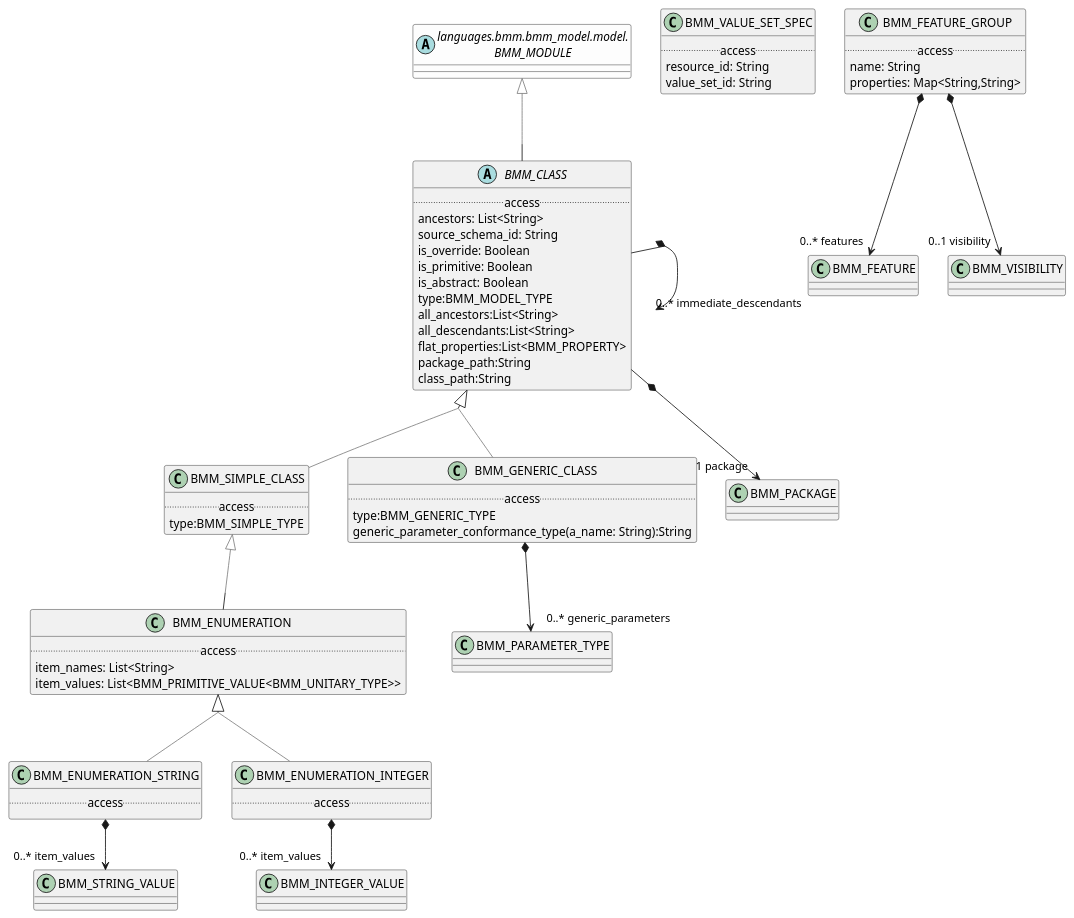
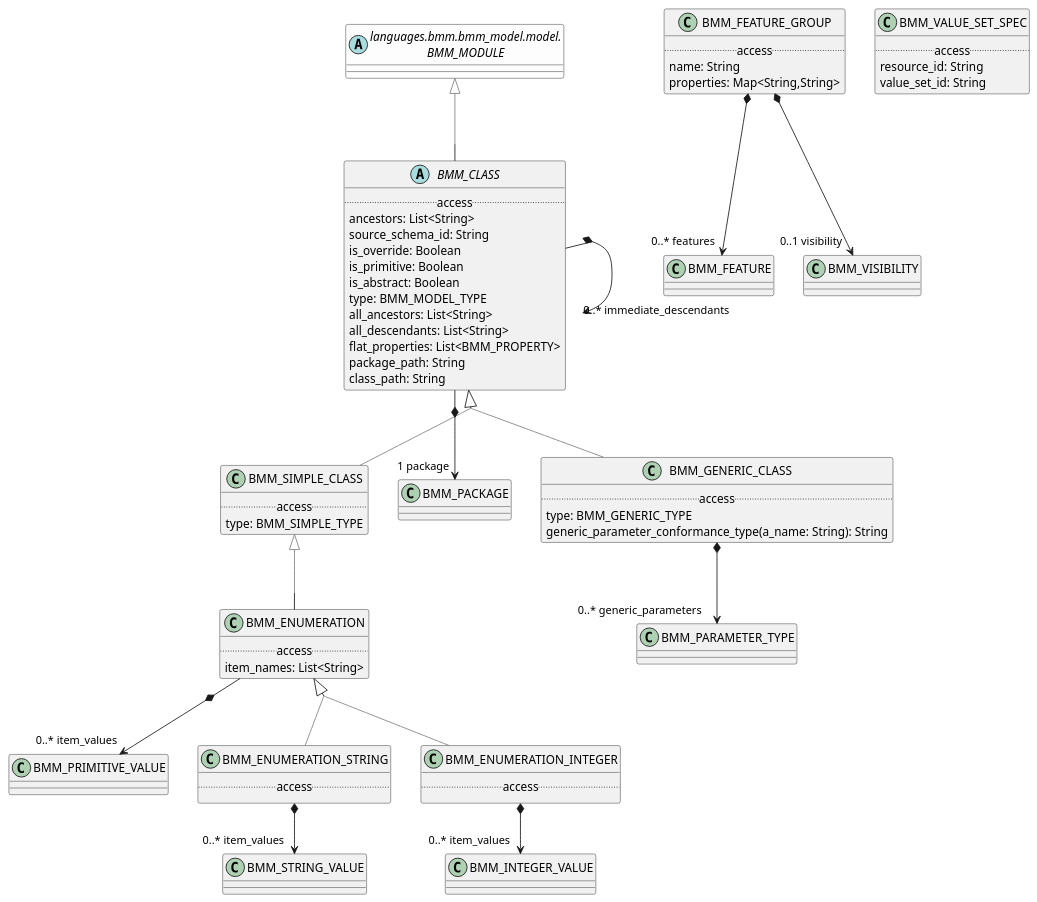
One commit to wolandscat/openehr-doc changed the diagram in modules/ROOT/examples/bmm/languages/bmm/bmm_model/class/class-package-uml.adoc. Above: the diagram before and after it, drawn with PlantUML. The commit also changed 293 other files, not shown here.

Commit message:
Regen with tweaks to UML output and correct metatypes for nested generics.

```diff
--- a/modules/ROOT/examples/bmm/languages/bmm/bmm_model/class/class-package-uml.adoc
+++ b/modules/ROOT/examples/bmm/languages/bmm/bmm_model/class/class-package-uml.adoc
@@ -8,11 +8,21 @@
 
 class BMM_SIMPLE_CLASS [[/openehr-doc/latest/languages/bmm-gen.html#_class_bmm_simple_class]] {
         .. access ..
-        type:BMM_SIMPLE_TYPE
+        type: BMM_SIMPLE_TYPE
 }
 
 BMM_SIMPLE_CLASS -[#gray]up-|> BMM_CLASS  
 
+
+class BMM_ENUMERATION [[/openehr-doc/latest/languages/bmm-gen.html#_class_bmm_enumeration]] {
+        .. access ..
+        item_names: List<String>
+}
+
+BMM_ENUMERATION -[#gray]up-|> BMM_SIMPLE_CLASS  
+
+
+BMM_ENUMERATION *--> "0..* item_values" BMM_PRIMITIVE_VALUE
 
 class BMM_ENUMERATION_STRING [[/openehr-doc/latest/languages/bmm-gen.html#_class_bmm_enumeration_string]] {
         .. access ..
@@ -22,64 +32,6 @@
 
 
 BMM_ENUMERATION_STRING *--> "0..* item_values" BMM_STRING_VALUE
-
-class BMM_GENERIC_CLASS [[/openehr-doc/latest/languages/bmm-gen.html#_class_bmm_generic_class]] {
-        .. access ..
-        type:BMM_GENERIC_TYPE
-        generic_parameter_conformance_type(a_name: String):String
-}
-
-BMM_GENERIC_CLASS -[#gray]up-|> BMM_CLASS  
-
-
-BMM_GENERIC_CLASS *--> "0..* generic_parameters" BMM_PARAMETER_TYPE
-
-class BMM_ENUMERATION_INTEGER [[/openehr-doc/latest/languages/bmm-gen.html#_class_bmm_enumeration_integer]] {
-        .. access ..
-}
-
-BMM_ENUMERATION_INTEGER -[#gray]up-|> BMM_ENUMERATION  
-
-
-BMM_ENUMERATION_INTEGER *--> "0..* item_values" BMM_INTEGER_VALUE
-
-abstract class BMM_CLASS [[/openehr-doc/latest/languages/bmm-gen.html#_class_bmm_class]] {
-        .. access ..
-        ancestors: List<String>
-        source_schema_id: String
-        is_override: Boolean
-        is_primitive: Boolean
-        is_abstract: Boolean
-        type:BMM_MODEL_TYPE
-        all_ancestors:List<String>
-        all_descendants:List<String>
-        flat_properties:List<BMM_PROPERTY>
-        package_path:String
-        class_path:String
-}
-
-BMM_CLASS -[#gray]up-|> BMM_MODULE  
-
-
-BMM_CLASS *--> "1 package" BMM_PACKAGE
-
-BMM_CLASS *--> "0..* immediate_descendants" BMM_CLASS
-
-class BMM_ENUMERATION [[/openehr-doc/latest/languages/bmm-gen.html#_class_bmm_enumeration]] {
-        .. access ..
-        item_names: List<String>
-        item_values: List<BMM_PRIMITIVE_VALUE<BMM_UNITARY_TYPE>>
-}
-
-BMM_ENUMERATION -[#gray]up-|> BMM_SIMPLE_CLASS  
-
-
-class BMM_VALUE_SET_SPEC [[/openehr-doc/latest/languages/bmm-gen.html#_class_bmm_value_set_spec]] {
-        .. access ..
-        resource_id: String
-        value_set_id: String
-}
-
 
 class BMM_FEATURE_GROUP [[/openehr-doc/latest/languages/bmm-gen.html#_class_bmm_feature_group]] {
         .. access ..
@@ -91,6 +43,55 @@
 BMM_FEATURE_GROUP *--> "0..* features" BMM_FEATURE
 
 BMM_FEATURE_GROUP *--> "0..1 visibility" BMM_VISIBILITY
+
+class BMM_ENUMERATION_INTEGER [[/openehr-doc/latest/languages/bmm-gen.html#_class_bmm_enumeration_integer]] {
+        .. access ..
+}
+
+BMM_ENUMERATION_INTEGER -[#gray]up-|> BMM_ENUMERATION  
+
+
+BMM_ENUMERATION_INTEGER *--> "0..* item_values" BMM_INTEGER_VALUE
+
+class BMM_VALUE_SET_SPEC [[/openehr-doc/latest/languages/bmm-gen.html#_class_bmm_value_set_spec]] {
+        .. access ..
+        resource_id: String
+        value_set_id: String
+}
+
+
+abstract class BMM_CLASS [[/openehr-doc/latest/languages/bmm-gen.html#_class_bmm_class]] {
+        .. access ..
+        ancestors: List<String>
+        source_schema_id: String
+        is_override: Boolean
+        is_primitive: Boolean
+        is_abstract: Boolean
+        type: BMM_MODEL_TYPE
+        all_ancestors: List<String>
+        all_descendants: List<String>
+        flat_properties: List<BMM_PROPERTY>
+        package_path: String
+        class_path: String
+}
+
+BMM_CLASS -[#gray]up-|> BMM_MODULE  
+
+
+BMM_CLASS *--> "1 package" BMM_PACKAGE
+
+BMM_CLASS *--> "0..* immediate_descendants" BMM_CLASS
+
+class BMM_GENERIC_CLASS [[/openehr-doc/latest/languages/bmm-gen.html#_class_bmm_generic_class]] {
+        .. access ..
+        type: BMM_GENERIC_TYPE
+        generic_parameter_conformance_type(a_name: String): String
+}
+
+BMM_GENERIC_CLASS -[#gray]up-|> BMM_CLASS  
+
+
+BMM_GENERIC_CLASS *--> "0..* generic_parameters" BMM_PARAMETER_TYPE
 abstract class "languages.bmm.bmm_model.model.\nBMM_MODULE" as BMM_MODULE  [[/openehr-doc/latest/languages/bmm-gen.html#_class_bmm_module]] #FDFDFD {
 }
 
```
